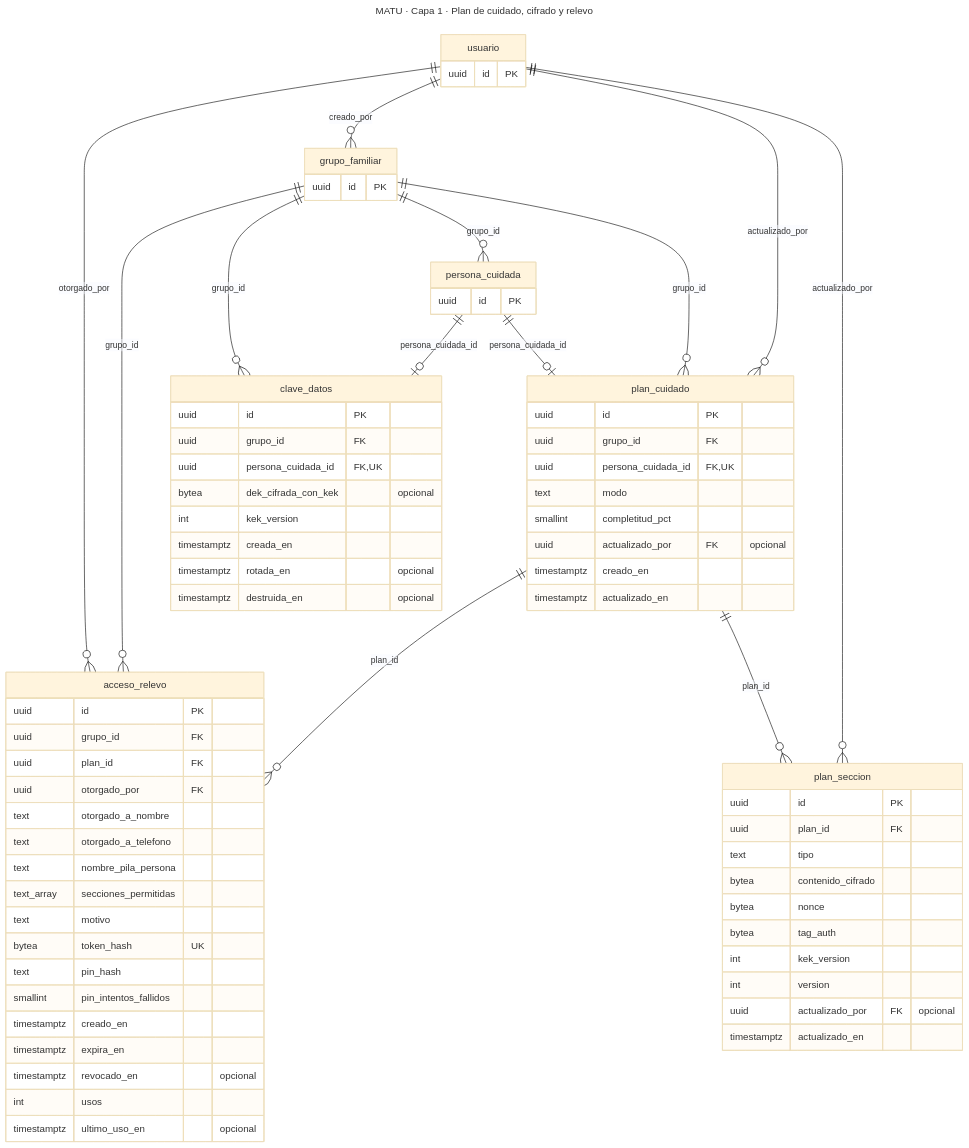
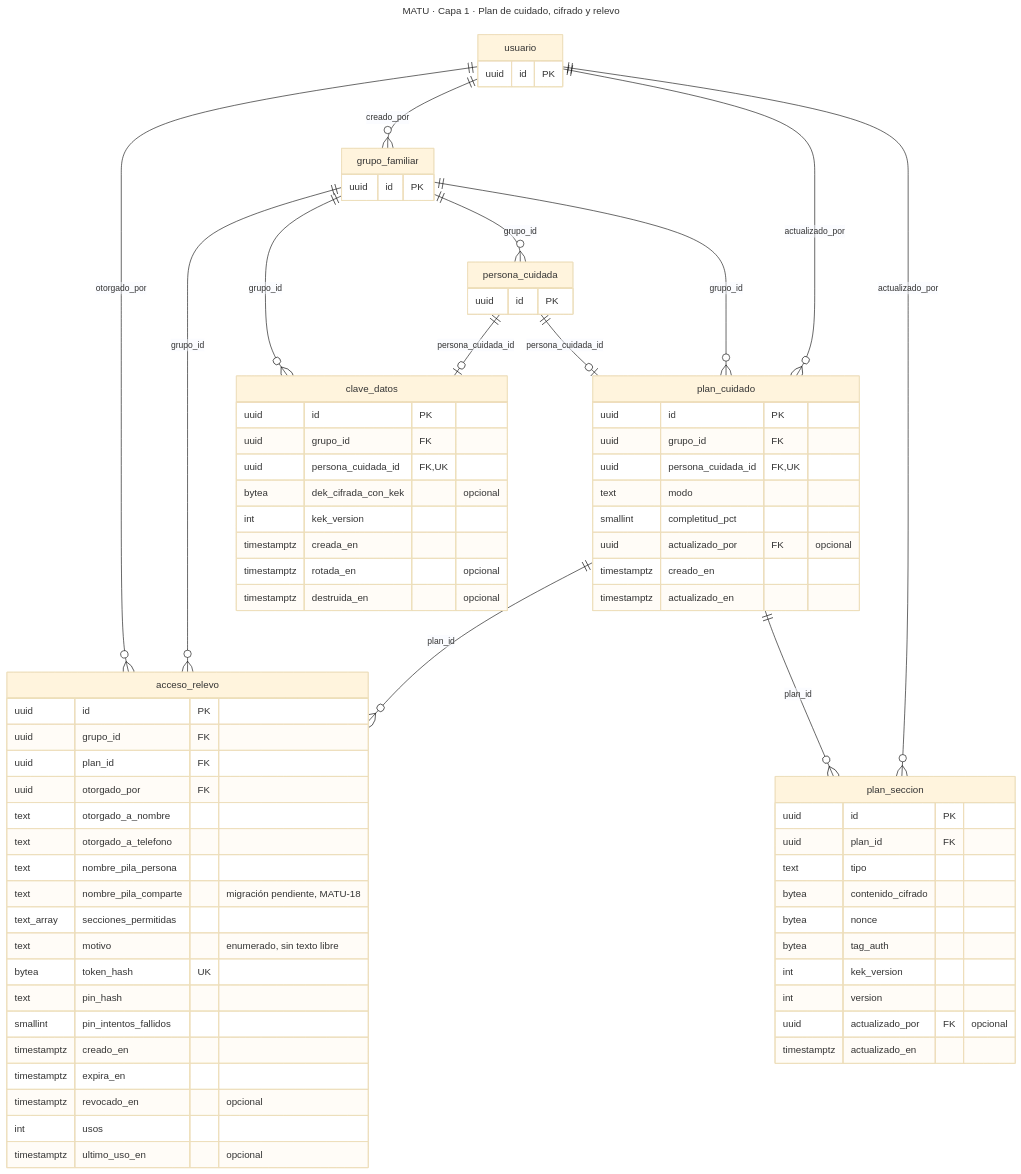
One commit to MartinHenriquez131/MATU changed the third of 11 diagrams in docs/modelo-datos.md. Above: the diagram before and after it, drawn with Mermaid (base theme). The commit also changed other lines of this file and 1 other file, not shown here.

````diff
--- a/docs/modelo-datos.md
+++ b/docs/modelo-datos.md
@@ -284,78 +284,79 @@
 ```mermaid
 ---
 title: MATU · Capa 1 · Plan de cuidado, cifrado y relevo
 ---
 erDiagram
     grupo_familiar ||--o{ acceso_relevo : "grupo_id"
     usuario ||--o{ acceso_relevo : "otorgado_por"
     plan_cuidado ||--o{ acceso_relevo : "plan_id"
     grupo_familiar ||--o{ clave_datos : "grupo_id"
     persona_cuidada ||--o| clave_datos : "persona_cuidada_id"
     usuario ||--o{ grupo_familiar : "creado_por"
     grupo_familiar ||--o{ persona_cuidada : "grupo_id"
     usuario ||--o{ plan_cuidado : "actualizado_por"
     grupo_familiar ||--o{ plan_cuidado : "grupo_id"
     persona_cuidada ||--o| plan_cuidado : "persona_cuidada_id"
     usuario ||--o{ plan_seccion : "actualizado_por"
     plan_cuidado ||--o{ plan_seccion : "plan_id"
     clave_datos {
         uuid id PK
         uuid grupo_id FK
         uuid persona_cuidada_id FK, UK
         bytea dek_cifrada_con_kek "opcional"
         int kek_version
         timestamptz creada_en
         timestamptz rotada_en "opcional"
         timestamptz destruida_en "opcional"
     }
     plan_cuidado {
         uuid id PK
         uuid grupo_id FK
         uuid persona_cuidada_id FK, UK
         text modo
         smallint completitud_pct
         uuid actualizado_por FK "opcional"
         timestamptz creado_en
         timestamptz actualizado_en
     }
     plan_seccion {
         uuid id PK
         uuid plan_id FK
         text tipo
         bytea contenido_cifrado
         bytea nonce
         bytea tag_auth
         int kek_version
         int version
         uuid actualizado_por FK "opcional"
         timestamptz actualizado_en
     }
     acceso_relevo {
         uuid id PK
         uuid grupo_id FK
         uuid plan_id FK
         uuid otorgado_por FK
         text otorgado_a_nombre
         text otorgado_a_telefono
         text nombre_pila_persona
+        text nombre_pila_comparte "migración pendiente, MATU-18"
         text_array secciones_permitidas
-        text motivo
+        text motivo "enumerado, sin texto libre"
         bytea token_hash UK
         text pin_hash
         smallint pin_intentos_fallidos
         timestamptz creado_en
         timestamptz expira_en
         timestamptz revocado_en "opcional"
         int usos
         timestamptz ultimo_uso_en "opcional"
     }
     persona_cuidada {
         uuid id PK
     }
     grupo_familiar {
         uuid id PK
     }
     usuario {
         uuid id PK
     }
 ```
````
